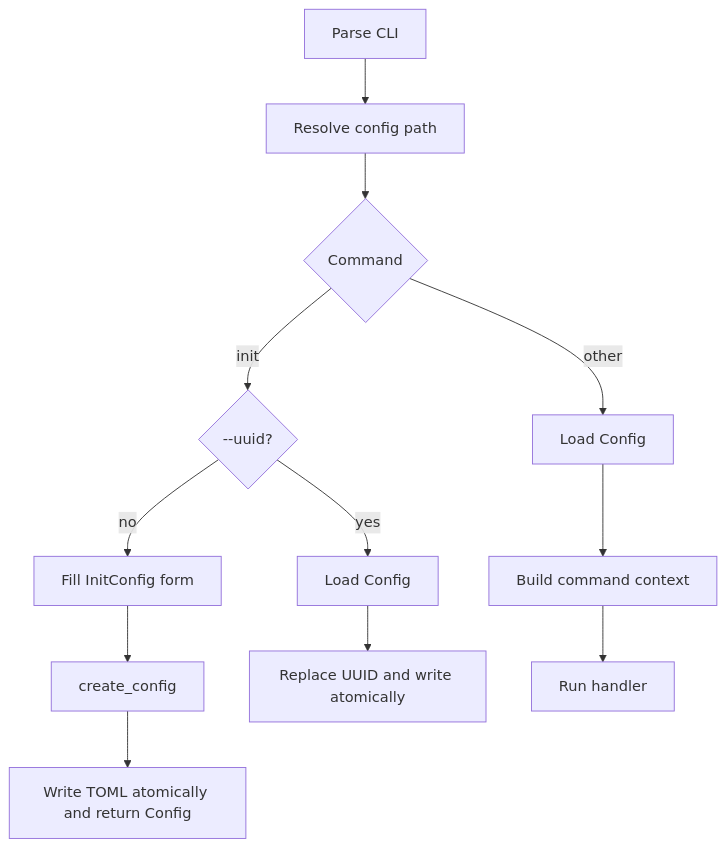
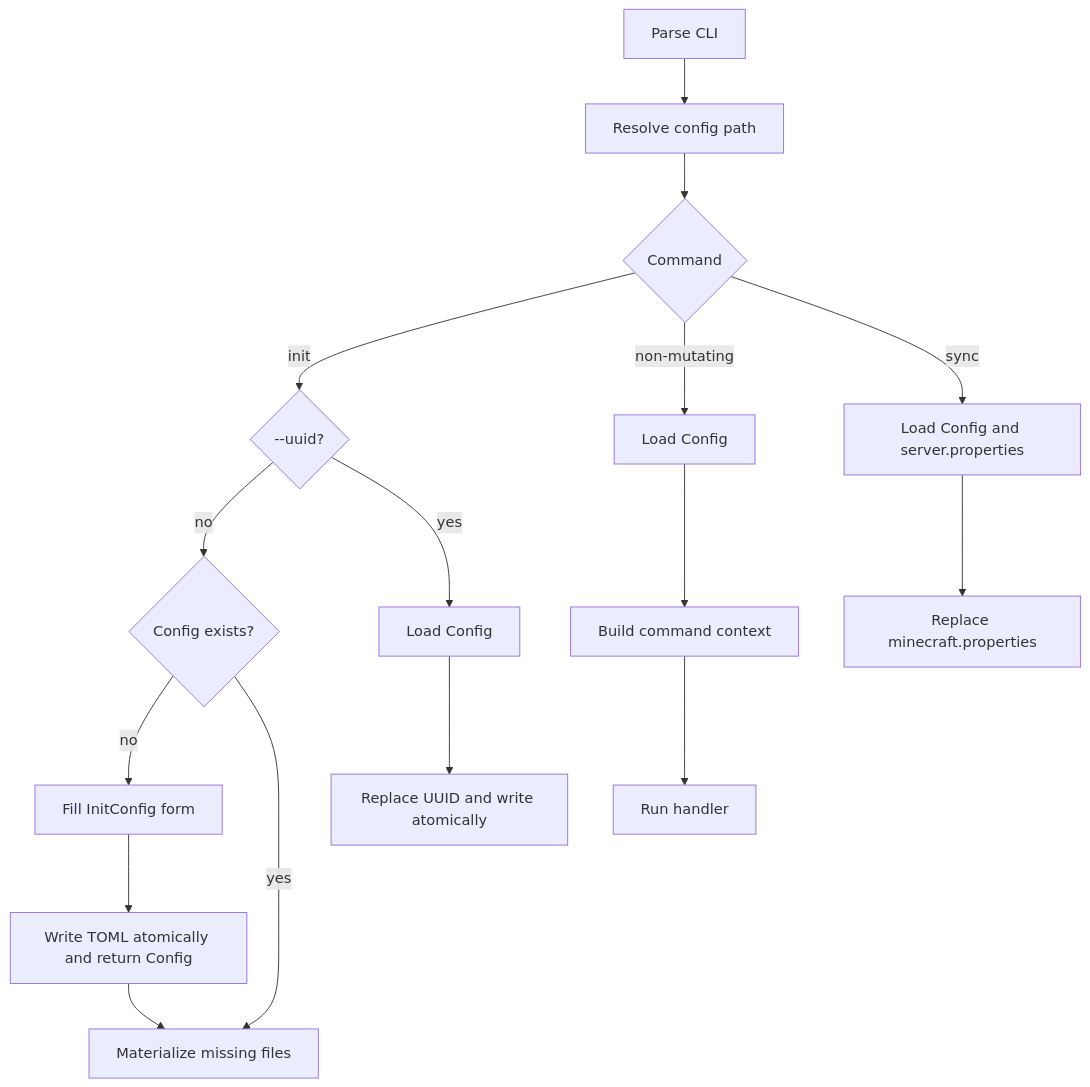
One commit to iktrnch/minegr changed the diagram in docs/architecture/commands.md. Above: the diagram before and after it, drawn with Mermaid. The commit also changed other lines of this file and 27 other files, not shown here.

````diff
--- a/docs/architecture/commands.md
+++ b/docs/architecture/commands.md
@@ -24,14 +24,18 @@
 ```mermaid
 flowchart TD
     A[Parse CLI] --> B[Resolve config path]
     B --> C{Command}
     C -->|init| D{--uuid?}
-    D -->|no| E[Fill InitConfig form]
-    E --> F[create_config]
+    D -->|no| E{Config exists?}
+    E -->|no| F[Fill InitConfig form]
+    E -->|yes| M[Materialize missing files]
     F --> G[Write TOML atomically and return Config]
+    G --> M
     D -->|yes| H[Load Config]
     H --> I[Replace UUID and write atomically]
-    C -->|other| J[Load Config]
+    C -->|non-mutating| J[Load Config]
+    C -->|sync| N[Load Config and server.properties]
+    N --> O[Replace minecraft.properties]
     J --> K[Build command context]
     K --> L[Run handler]
 ```
````
